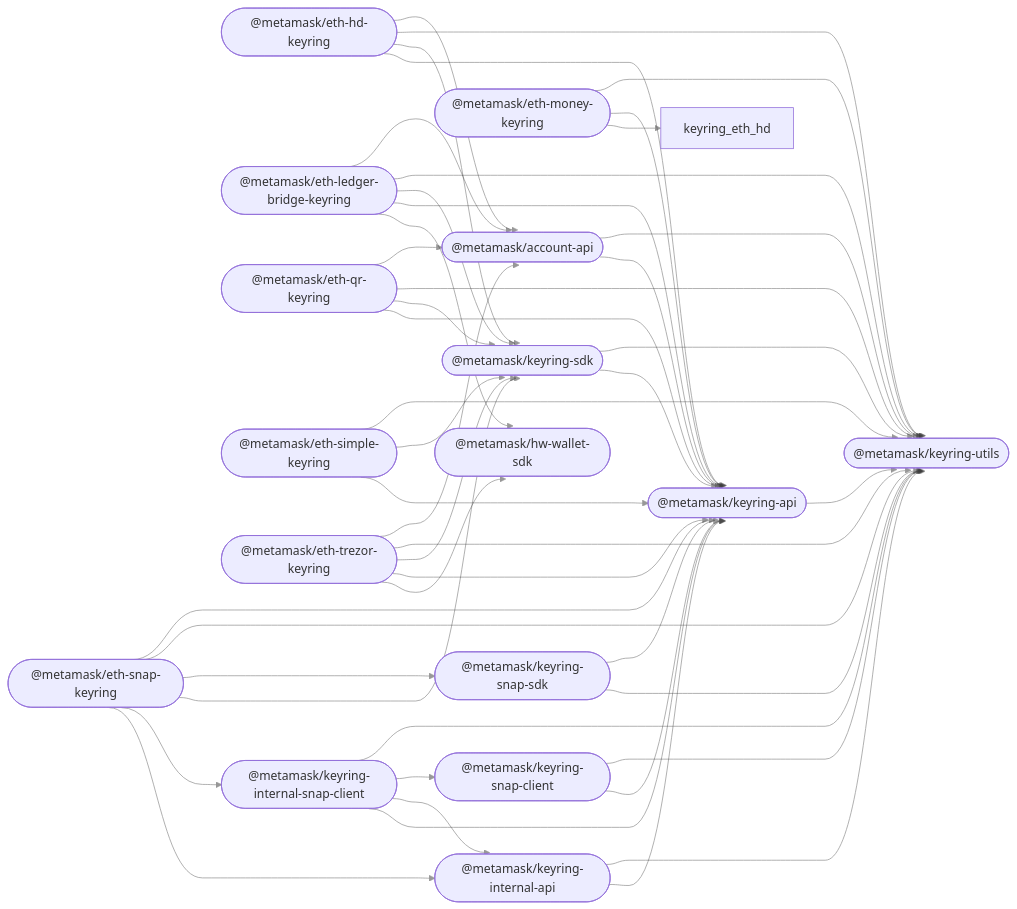
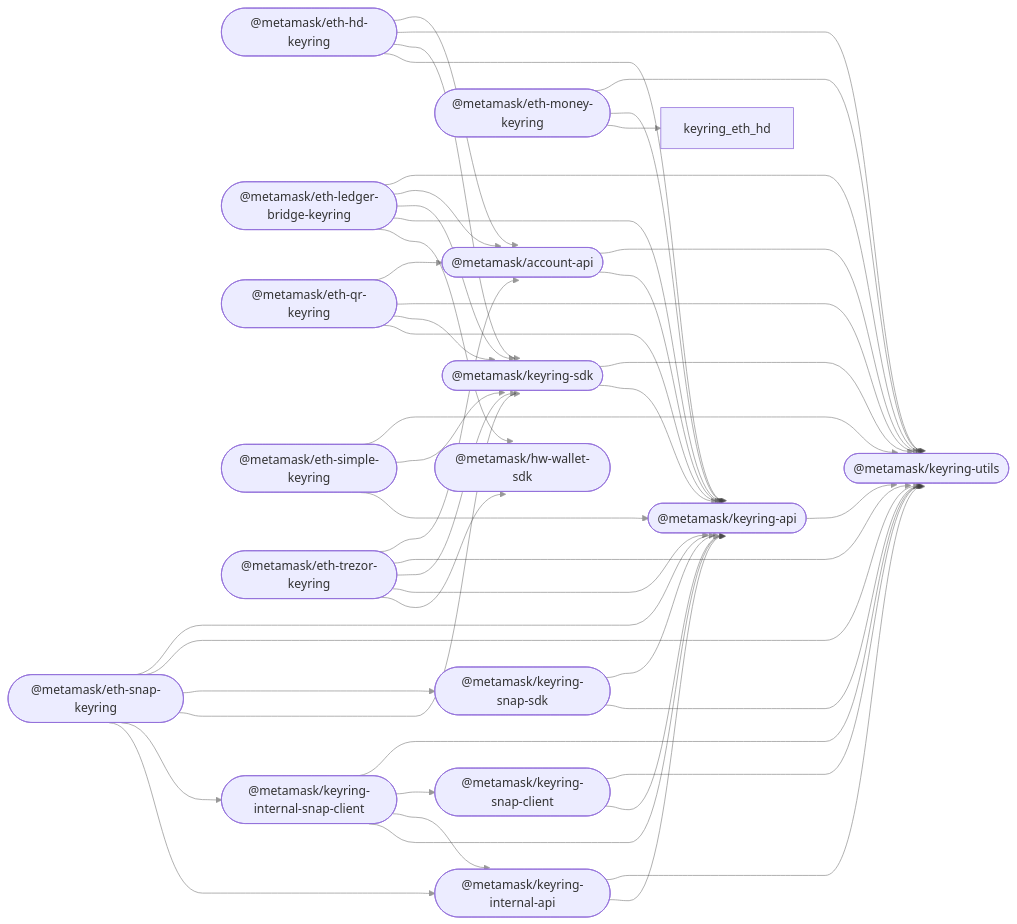
The diagram in README.md (MetaMask/accounts), drawn with Mermaid before and after one commit. The commit also changed other lines of this file, not shown here.

````diff
--- a/README.md
+++ b/README.md
@@ -38,66 +38,66 @@
 ```mermaid
 %%{ init: { 'flowchart': { 'curve': 'bumpX' } } }%%
 graph LR;
 linkStyle default opacity:0.5
   account_api(["@metamask/account-api"]);
   hw_wallet_sdk(["@metamask/hw-wallet-sdk"]);
   keyring_api(["@metamask/keyring-api"]);
   eth_hd_keyring(["@metamask/eth-hd-keyring"]);
   eth_ledger_bridge_keyring(["@metamask/eth-ledger-bridge-keyring"]);
   eth_money_keyring(["@metamask/eth-money-keyring"]);
   eth_qr_keyring(["@metamask/eth-qr-keyring"]);
   eth_simple_keyring(["@metamask/eth-simple-keyring"]);
   eth_trezor_keyring(["@metamask/eth-trezor-keyring"]);
   keyring_internal_api(["@metamask/keyring-internal-api"]);
   keyring_internal_snap_client(["@metamask/keyring-internal-snap-client"]);
   keyring_sdk(["@metamask/keyring-sdk"]);
   eth_snap_keyring(["@metamask/eth-snap-keyring"]);
   keyring_snap_client(["@metamask/keyring-snap-client"]);
   keyring_snap_sdk(["@metamask/keyring-snap-sdk"]);
   keyring_utils(["@metamask/keyring-utils"]);
   account_api --> keyring_api;
   account_api --> keyring_utils;
   keyring_api --> keyring_utils;
   eth_hd_keyring --> keyring_api;
   eth_hd_keyring --> keyring_sdk;
   eth_hd_keyring --> keyring_utils;
   eth_hd_keyring --> account_api;
   eth_ledger_bridge_keyring --> hw_wallet_sdk;
   eth_ledger_bridge_keyring --> keyring_api;
   eth_ledger_bridge_keyring --> keyring_sdk;
+  eth_ledger_bridge_keyring --> account_api;
   eth_ledger_bridge_keyring --> keyring_utils;
-  eth_ledger_bridge_keyring --> account_api;
   eth_money_keyring --> keyring_eth_hd;
   eth_money_keyring --> keyring_api;
   eth_money_keyring --> keyring_utils;
   eth_qr_keyring --> keyring_api;
   eth_qr_keyring --> keyring_sdk;
   eth_qr_keyring --> keyring_utils;
   eth_qr_keyring --> account_api;
   eth_simple_keyring --> keyring_api;
   eth_simple_keyring --> keyring_sdk;
   eth_simple_keyring --> keyring_utils;
   eth_trezor_keyring --> hw_wallet_sdk;
   eth_trezor_keyring --> keyring_api;
   eth_trezor_keyring --> keyring_sdk;
   eth_trezor_keyring --> keyring_utils;
   eth_trezor_keyring --> account_api;
   keyring_internal_api --> keyring_api;
   keyring_internal_api --> keyring_utils;
   keyring_internal_snap_client --> keyring_api;
   keyring_internal_snap_client --> keyring_internal_api;
   keyring_internal_snap_client --> keyring_snap_client;
   keyring_internal_snap_client --> keyring_utils;
   keyring_sdk --> keyring_api;
   keyring_sdk --> keyring_utils;
   eth_snap_keyring --> keyring_internal_api;
   eth_snap_keyring --> keyring_internal_snap_client;
   eth_snap_keyring --> keyring_sdk;
   eth_snap_keyring --> keyring_snap_sdk;
   eth_snap_keyring --> keyring_utils;
   eth_snap_keyring --> keyring_api;
   keyring_snap_client --> keyring_api;
   keyring_snap_client --> keyring_utils;
   keyring_snap_sdk --> keyring_utils;
   keyring_snap_sdk --> keyring_api;
 ```
````
